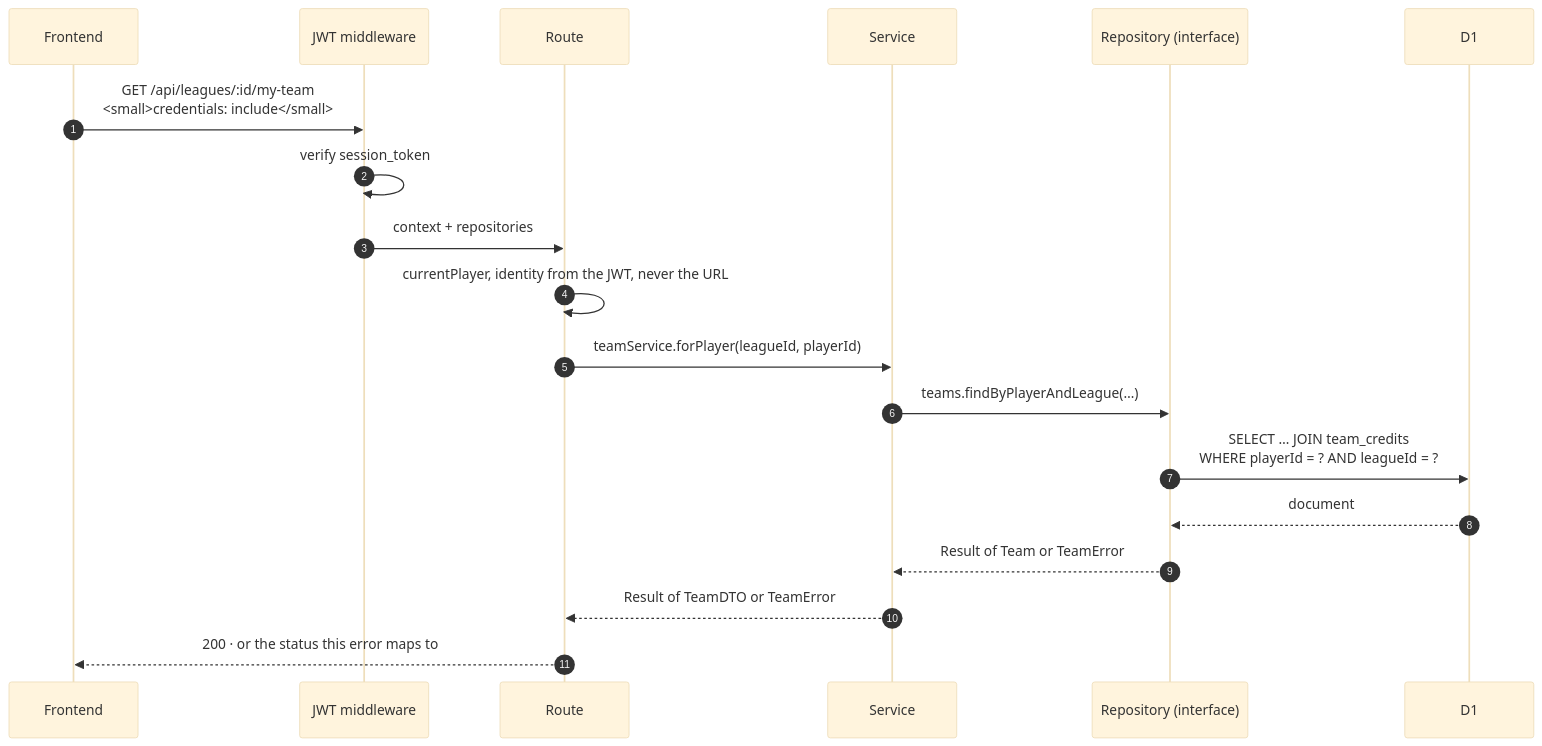
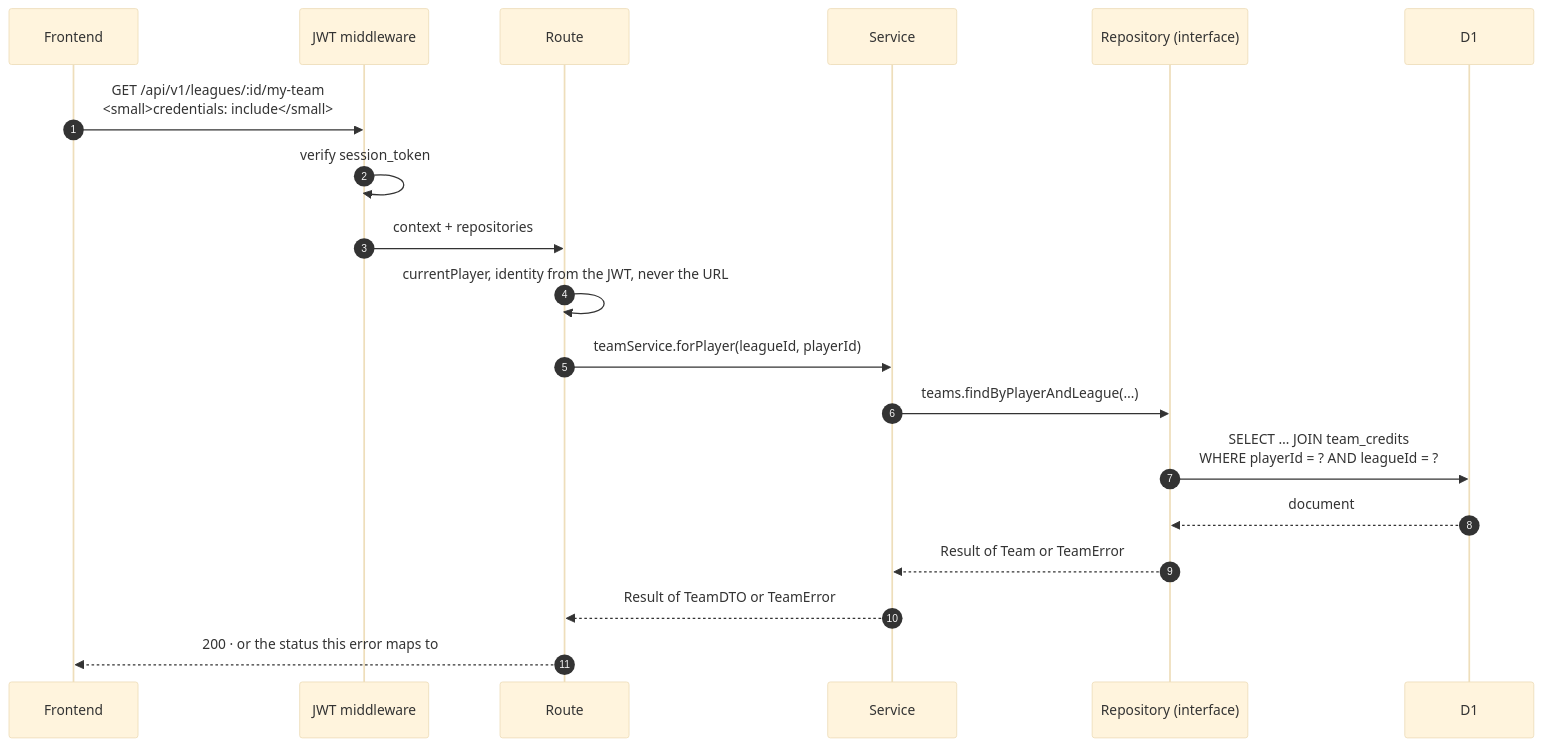
The second of 6 diagrams in docs/site/pages/architecture/data-flow.md (FantasyWiki/FantasyWiki), drawn with Mermaid (base theme) before and after one commit. The commit also changed other lines of this file and 49 other files, not shown here.

````diff
--- a/docs/site/pages/architecture/data-flow.md
+++ b/docs/site/pages/architecture/data-flow.md
@@ -67,22 +67,22 @@
 ```mermaid
 sequenceDiagram
   autonumber
   participant FE as Frontend
   participant MW as JWT middleware
   participant RT as Route
   participant SV as Service
   participant RP as Repository (interface)
   participant DB as D1
 
-  FE->>MW: GET /api/leagues/:id/my-team<br/><small>credentials: include</small>
+  FE->>MW: GET /api/v1/leagues/:id/my-team<br/><small>credentials: include</small>
   MW->>MW: verify session_token
   MW->>RT: context + repositories
   RT->>RT: currentPlayer, identity from the JWT, never the URL
   RT->>SV: teamService.forPlayer(leagueId, playerId)
   SV->>RP: teams.findByPlayerAndLeague(…)
   RP->>DB: SELECT … JOIN team_credits<br/>WHERE playerId = ? AND leagueId = ?
   DB-->>RP: document
   RP-->>SV: Result of Team or TeamError
   SV-->>RT: Result of TeamDTO or TeamError
   RT-->>FE: 200 · or the status this error maps to
 ```
````
